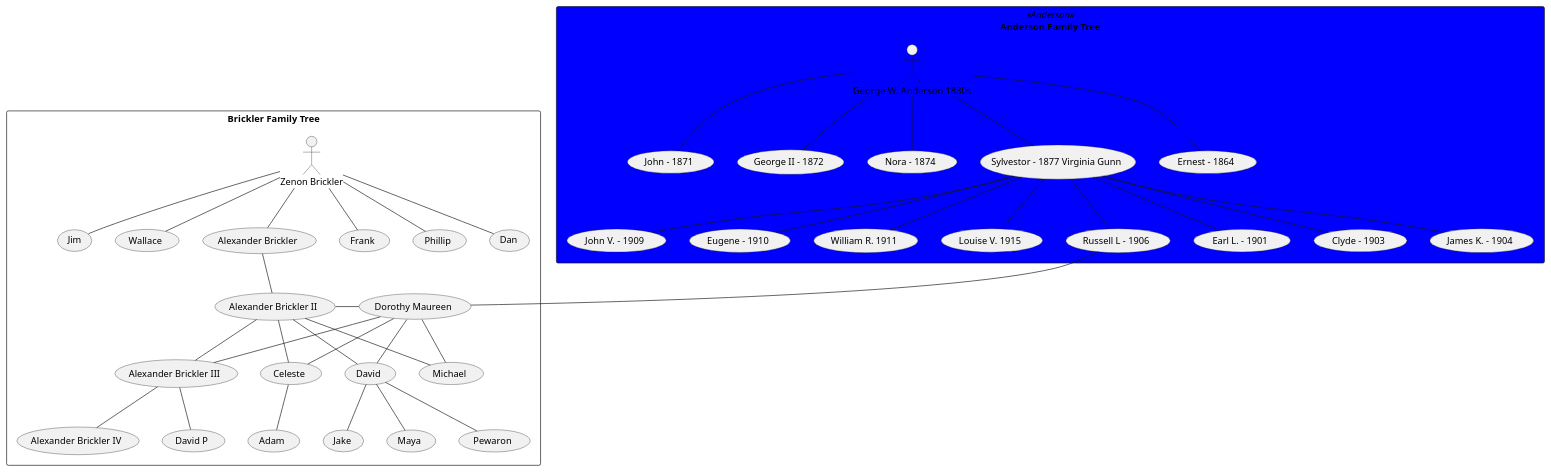
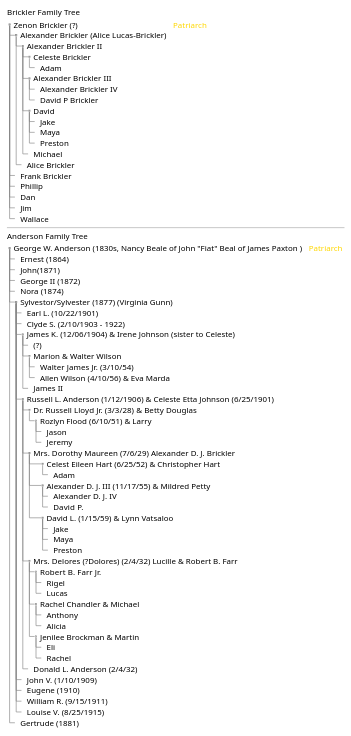
The diagram in app/familyTree.pu (mbrick02/PHPMBBlog), drawn with PlantUML before and after one commit. The commit also changed 3 other files, not shown here.

Commit message:
may delete familyTree and Flowcharts versions

```diff
--- a/app/familyTree.pu
+++ b/app/familyTree.pu
@@ -1,54 +1,79 @@
-@startuml
-  rectangle "Brickler Family Tree" as B {
-  actor "Zenon Brickler" as Z
-  (Alexander Brickler) as (A)
-  (Alexander Brickler II) as (AII)
-  (Alexander Brickler III) as (AIII)
-  (Alexander Brickler IV) as (AIV)
+@startsalt
+{
+  Brickler Family Tree
+  {T
+    + Zenon Brickler (?) | <color: gold>Patriarch</color>
+    ++ Alexander Brickler (Alice Lucas-Brickler)
+      +++ Alexander Brickler II
+        ++++ Celeste Brickler
+          +++++ Adam
+        ++++ Alexander Brickler III
+          +++++ Alexander Brickler IV
+          +++++ David P Brickler
+        ++++ David
+          +++++ Jake
+          +++++ Maya
+          +++++ Preston
+        ++++ Michael
+      +++ Alice Brickler
 
-    Z -down- (A)
-      (A) -down- (AII)
-        (AII) -right- (D)
-        (AII) -down- (Celeste)
-          (Celeste) -down- (Adam)
-        (AII) -down- (AIII)
-          (AIII) -down- (AIV)
-          (AIII) -down- (David P)
-        (AII) -down- (David)
-          (David) -down- (Jake)
-          (David) -down- (Maya)
-          (David) -down- (Pewaron)
+    ++ Frank Brickler
+    ++ Phillip
+    ++ Dan
+    ++ Jim
+    ++ Wallace
+  }
+  --
+  Anderson Family Tree
+  {T
+    + George W. Anderson (1830s, Nancy Beale of John "Fiat" Beal of James Paxton ) | <color: gold>Patriarch</color>
+    ++ Ernest (1864)
+    ++ John(1871)
+    ++ George II (1872)
+    ++ Nora (1874)
+    ++ Sylvestor/Sylvester (1877) (Virginia Gunn)
+    +++ Earl L. (10/22/1901)
+		+++ Clyde S. (2/10/1903 - 1922)
+		+++ James K. (12/06/1904) & Irene Johnson (sister to Celeste)
+    ++++ (?)
+    ++++ Marion & Walter Wilson
+    +++++ Walter James Jr. (3/10/54)
+    +++++ Allen Wilson (4/10/56) & Eva Marda
+    ++++ James II
+		+++ Russell L. Anderson (1/12/1906) & Celeste Etta Johnson (6/25/1901)
+    ++++ Dr. Russell Lloyd Jr. (3/3/28) & Betty Douglas
+    +++++ Rozlyn Flood (6/10/51) & Larry
+    ++++++ Jason
+    ++++++ Jeremy
+		++++ Mrs. Dorothy Maureen (7/6/29) Alexander D. J. Brickler
+    ++++++ Celest Eileen Hart (6/25/52) & Christopher Hart
+    +++++++ Adam
+    ++++++ Alexander D. J. III (11/17/55) & Mildred Petty
+    +++++++ Alexander D. J. IV
+    +++++++ David P.
+    ++++++ David L. (1/15/59) & Lynn Vatsaloo
+    +++++++ Jake
+    +++++++ Maya
+    +++++++ Preston
+		++++ Mrs. Delores (?Dolores) (2/4/32) Lucille & Robert B. Farr
+    +++++ Robert B. Farr Jr.
+    ++++++ Rigel
+    ++++++ Lucas
+    +++++ Rachel Chandler & Michael
+    ++++++ Anthony
+    ++++++ Alicia
+    +++++ Jenilee Brockman & Martin
+    ++++++ Eli
+    ++++++ Rachel
+		++++ Donald L. Anderson (2/4/32)
+		+++ John V. (1/10/1909)
+		+++ Eugene (1910)
+		+++ William R. (9/15/1911)
+		+++ Louise V. (8/25/1915)
+    ++ Gertrude (1881)
 
-        (AII) -down- (Michael)
-    Z -down- (Frank)
-    Z -down- (Phillip)
-    Z -down- (Dan)
-    Z -down- (Jim)
-    Z -down- (Wallace)
   }
 
-  rectangle "Anderson Family Tree" <<Anderson>> #blue {
-    :George W. Anderson 1830s: as GA
-    (Sylvestor - 1877 Virginia Gunn) as (S)
-    (Russell L - 1906) as (R)
-    (Dorothy Maureen) as (D)
-    GA -- (Ernest - 1864)
-    GA -- (John - 1871)
-    GA -- (George II - 1872)
-    GA -- (Nora - 1874)
-    GA -- (S)
-      (S) -- (Earl L. - 1901)
-      (S) -- (Clyde - 1903)
-      (S) -- (James K. - 1904)
-      (S) -- (R)
-        (R) -- (D)
-          (D) -- (Celeste)
-          (D) -- (AIII)
-          (D) -- (David)
-          (D) -- (Michael)
-      (S) -- (John V. - 1909)
-      (S) -- (Eugene - 1910)
-      (S) -- (William R. 1911)
-      (S) -- (Louise V. 1915)
-  }
-@enduml
+}
+
+@endsalt
```
